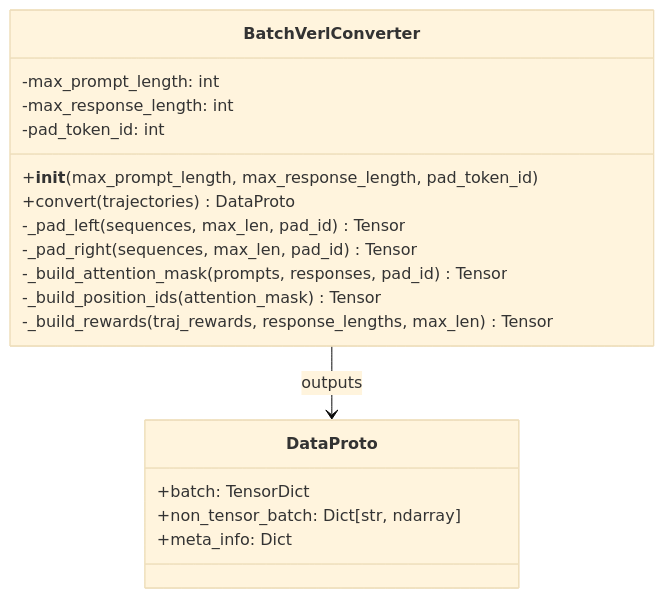
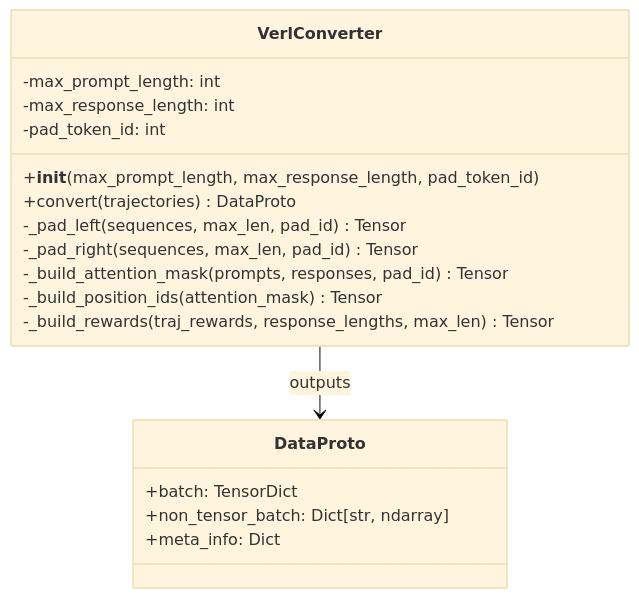
Before and after one commit to infzo/TrajForRL: the sixth of 6 diagrams in docs/DESIGN.md, drawn with Mermaid (base theme). The commit also changed other lines of this file, not shown here.

````diff
--- a/docs/DESIGN.md
+++ b/docs/DESIGN.md
@@ -416,23 +416,23 @@
 ```mermaid
 classDiagram
-    class BatchVerlConverter {
+    class VerlConverter {
         -max_prompt_length: int
         -max_response_length: int
         -pad_token_id: int
         +__init__(max_prompt_length, max_response_length, pad_token_id)
         +convert(trajectories) DataProto
         -_pad_left(sequences, max_len, pad_id) Tensor
         -_pad_right(sequences, max_len, pad_id) Tensor
         -_build_attention_mask(prompts, responses, pad_id) Tensor
         -_build_position_ids(attention_mask) Tensor
         -_build_rewards(traj_rewards, response_lengths, max_len) Tensor
     }
 
     class DataProto {
         +batch: TensorDict
         +non_tensor_batch: Dict[str, ndarray]
         +meta_info: Dict
     }
 
-    BatchVerlConverter --> DataProto: outputs
+    VerlConverter --> DataProto: outputs
 ```
````
